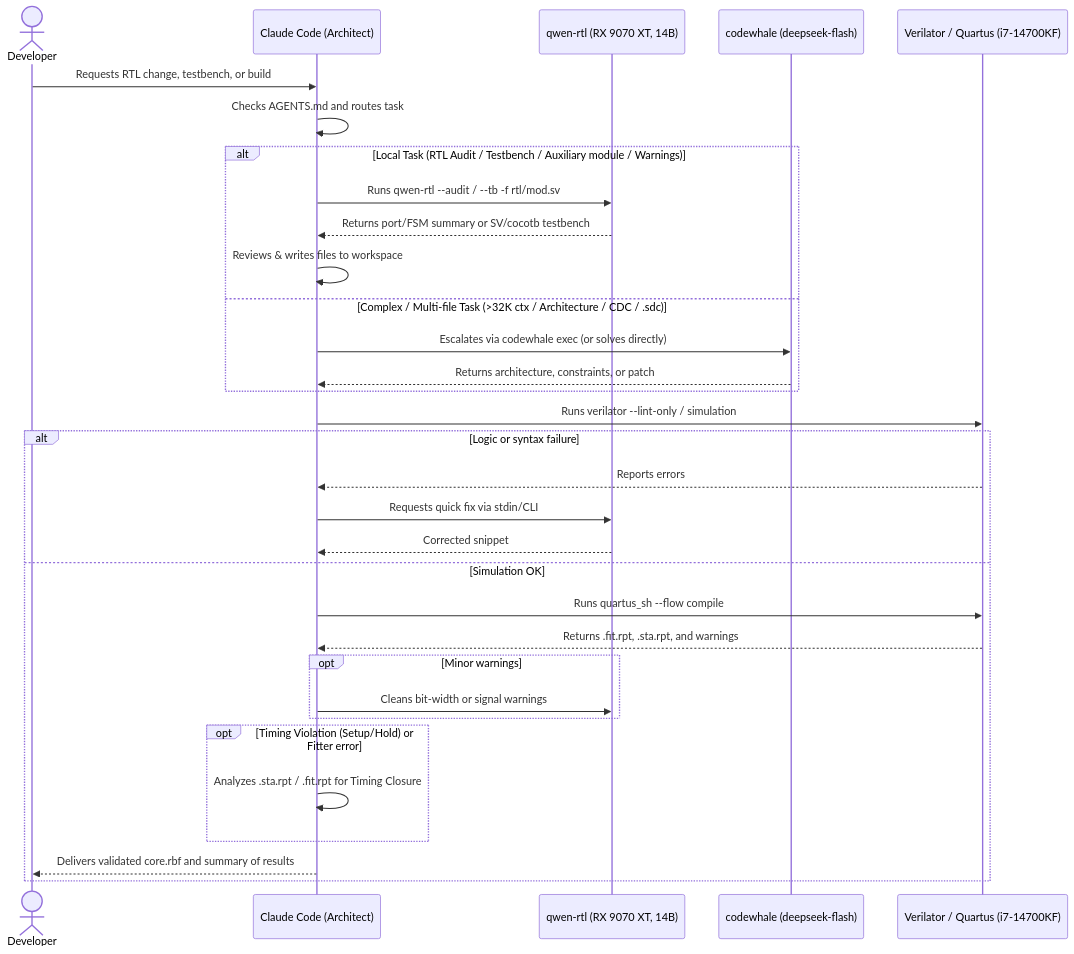
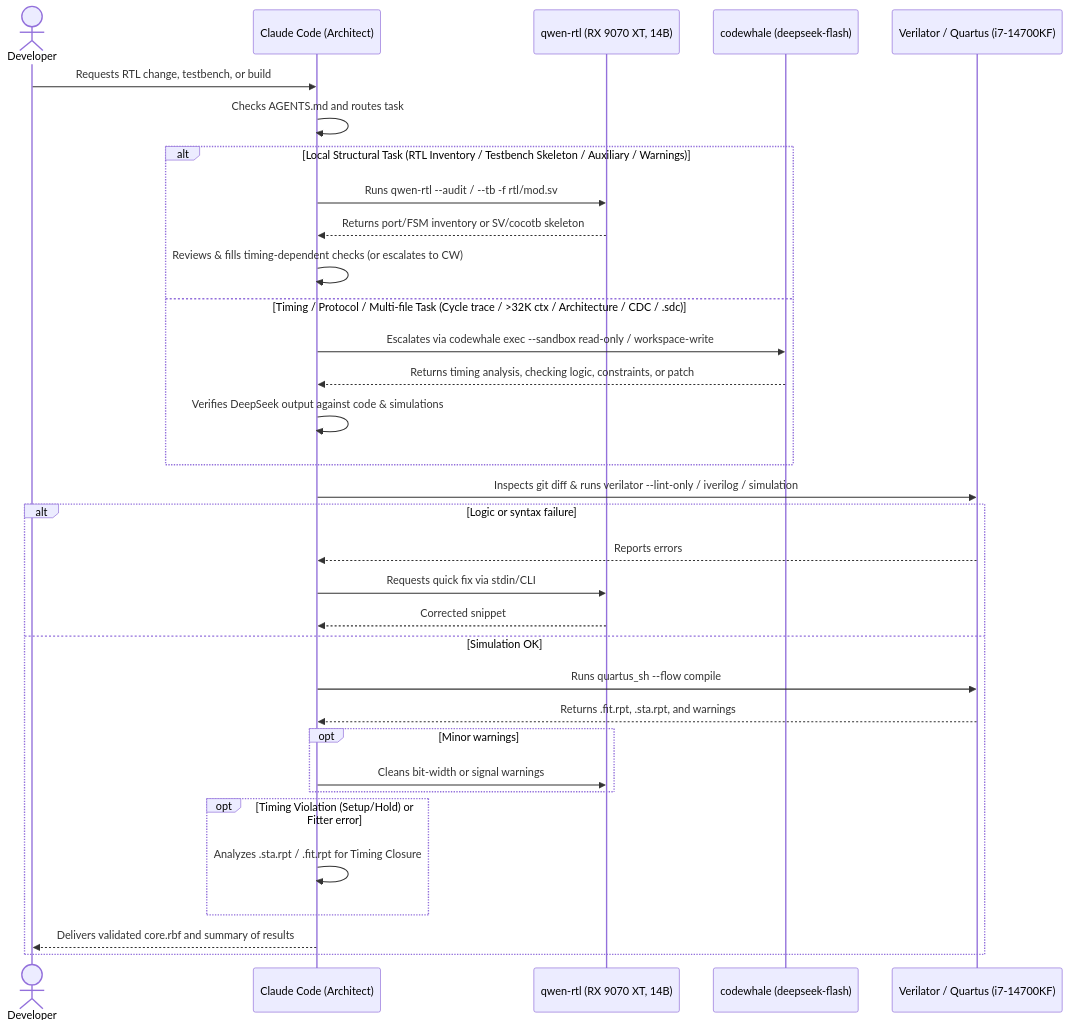
One commit to DanimanX/9070FpgaIAWorkflow changed the second of 3 diagrams in docs/ai-fpga-workflow.md. Above: the diagram before and after it, drawn with Mermaid. The commit also changed other lines of this file and 3 other files, not shown here.

Commit message:
docs: restrict qwen-rtl to structural work and align CLAUDE.md routing

````diff
--- a/docs/ai-fpga-workflow.md
+++ b/docs/ai-fpga-workflow.md
@@ -41,38 +44,39 @@
 ```mermaid
 sequenceDiagram
     actor Dev as Developer
     participant Claude as Claude Code (Architect)
     participant Qwen as qwen-rtl (RX 9070 XT, 14B)
     participant CW as codewhale (deepseek-flash)
     participant Tools as Verilator / Quartus (i7-14700KF)
 
     Dev->>Claude: Requests RTL change, testbench, or build
     Claude->>Claude: Checks AGENTS.md and routes task
 
-    alt Local Task (RTL Audit / Testbench / Auxiliary module / Warnings)
+    alt Local Structural Task (RTL Inventory / Testbench Skeleton / Auxiliary / Warnings)
         Claude->>Qwen: Runs qwen-rtl --audit / --tb -f rtl/mod.sv
-        Qwen-->>Claude: Returns port/FSM summary or SV/cocotb testbench
-        Claude->>Claude: Reviews & writes files to workspace
-    else Complex / Multi-file Task (>32K ctx / Architecture / CDC / .sdc)
-        Claude->>CW: Escalates via codewhale exec (or solves directly)
-        CW-->>Claude: Returns architecture, constraints, or patch
+        Qwen-->>Claude: Returns port/FSM inventory or SV/cocotb skeleton
+        Claude->>Claude: Reviews & fills timing-dependent checks (or escalates to CW)
+    else Timing / Protocol / Multi-file Task (Cycle trace / >32K ctx / Architecture / CDC / .sdc)
+        Claude->>CW: Escalates via codewhale exec --sandbox read-only / workspace-write
+        CW-->>Claude: Returns timing analysis, checking logic, constraints, or patch
+        Claude->>Claude: Verifies DeepSeek output against code & simulations
     end
 
-    Claude->>Tools: Runs verilator --lint-only / simulation
+    Claude->>Tools: Inspects git diff & runs verilator --lint-only / iverilog / simulation
 
     alt Logic or syntax failure
         Tools-->>Claude: Reports errors
         Claude->>Qwen: Requests quick fix via stdin/CLI
         Qwen-->>Claude: Corrected snippet
     else Simulation OK
         Claude->>Tools: Runs quartus_sh --flow compile
         Tools-->>Claude: Returns .fit.rpt, .sta.rpt, and warnings
         opt Minor warnings
             Claude->>Qwen: Cleans bit-width or signal warnings
         end
         opt Timing Violation (Setup/Hold) or Fitter error
             Claude->>Claude: Analyzes .sta.rpt / .fit.rpt for Timing Closure
         end
         Claude-->>Dev: Delivers validated core.rbf and summary of results
     end
 ```
````
